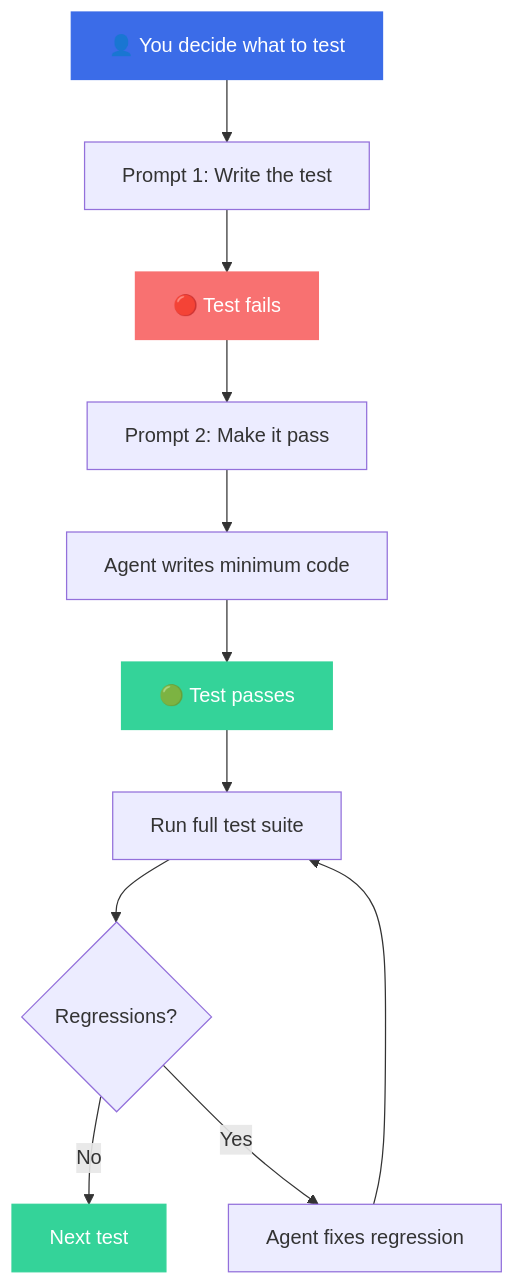
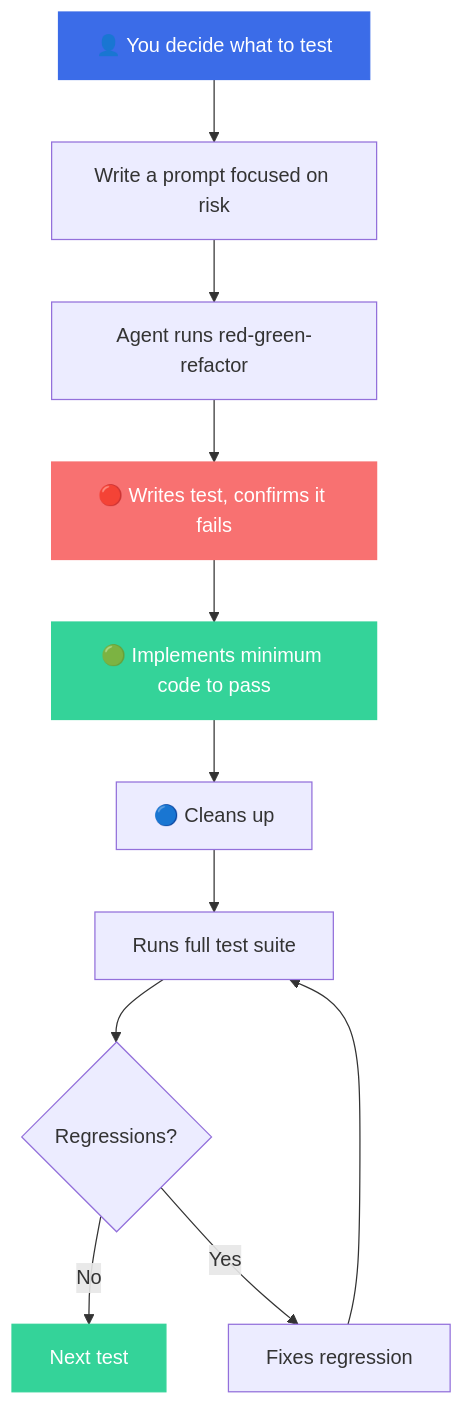
Before and after one commit to jonnyk17/youtube-tutorials: the fourth of 4 diagrams in tutorials/testing-ai-generated-code/README.md, drawn with Mermaid. The commit also changed other lines of this file, not shown here.

Commit message:
Replace two-prompt approach with single prompt /tdd workflow

````diff
--- a/tutorials/testing-ai-generated-code/README.md
+++ b/tutorials/testing-ai-generated-code/README.md
@@ -87,18 +87,18 @@
 ```mermaid
 flowchart TD
-    YOU["👤 You decide what to test"] --> P1["Prompt 1: Write the test"]
-    P1 --> RED["🔴 Test fails"]
-    RED --> P2["Prompt 2: Make it pass"]
-    P2 --> IMPL["Agent writes minimum code"]
-    IMPL --> GREEN["🟢 Test passes"]
-    GREEN --> SUITE["Run full test suite"]
+    YOU["👤 You decide what to test"] --> PROMPT["Write a prompt focused on risk"]
+    PROMPT --> TDD["Agent runs red-green-refactor"]
+    TDD --> RED["🔴 Writes test, confirms it fails"]
+    RED --> GREEN["🟢 Implements minimum code to pass"]
+    GREEN --> REFACTOR["🔵 Cleans up"]
+    REFACTOR --> SUITE["Runs full test suite"]
     SUITE --> CHECK{Regressions?}
     CHECK -->|No| NEXT["Next test"]
-    CHECK -->|Yes| FIX["Agent fixes regression"]
+    CHECK -->|Yes| FIX["Fixes regression"]
     FIX --> SUITE
 
     style YOU fill:#3b6ce8,color:#fff,stroke:#3b6ce8
     style RED fill:#f87171,color:#fff,stroke:#f87171
     style GREEN fill:#34d399,color:#fff,stroke:#34d399
     style NEXT fill:#34d399,color:#fff,stroke:#34d399
 ```
````
